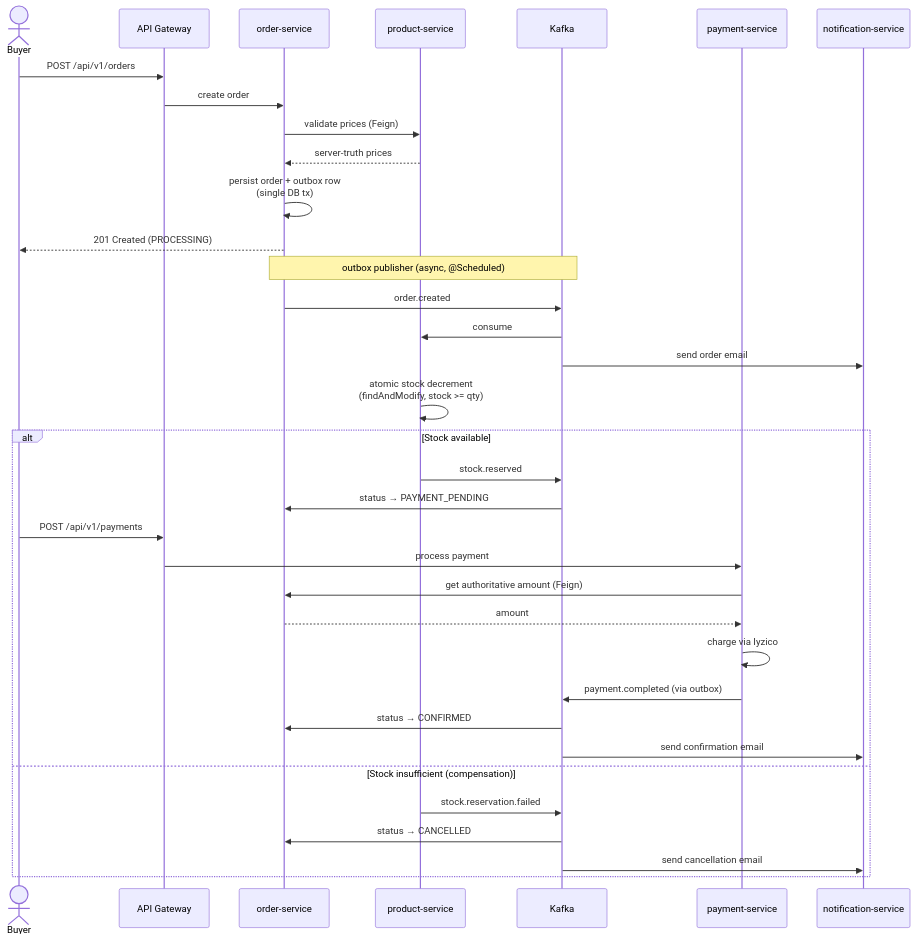
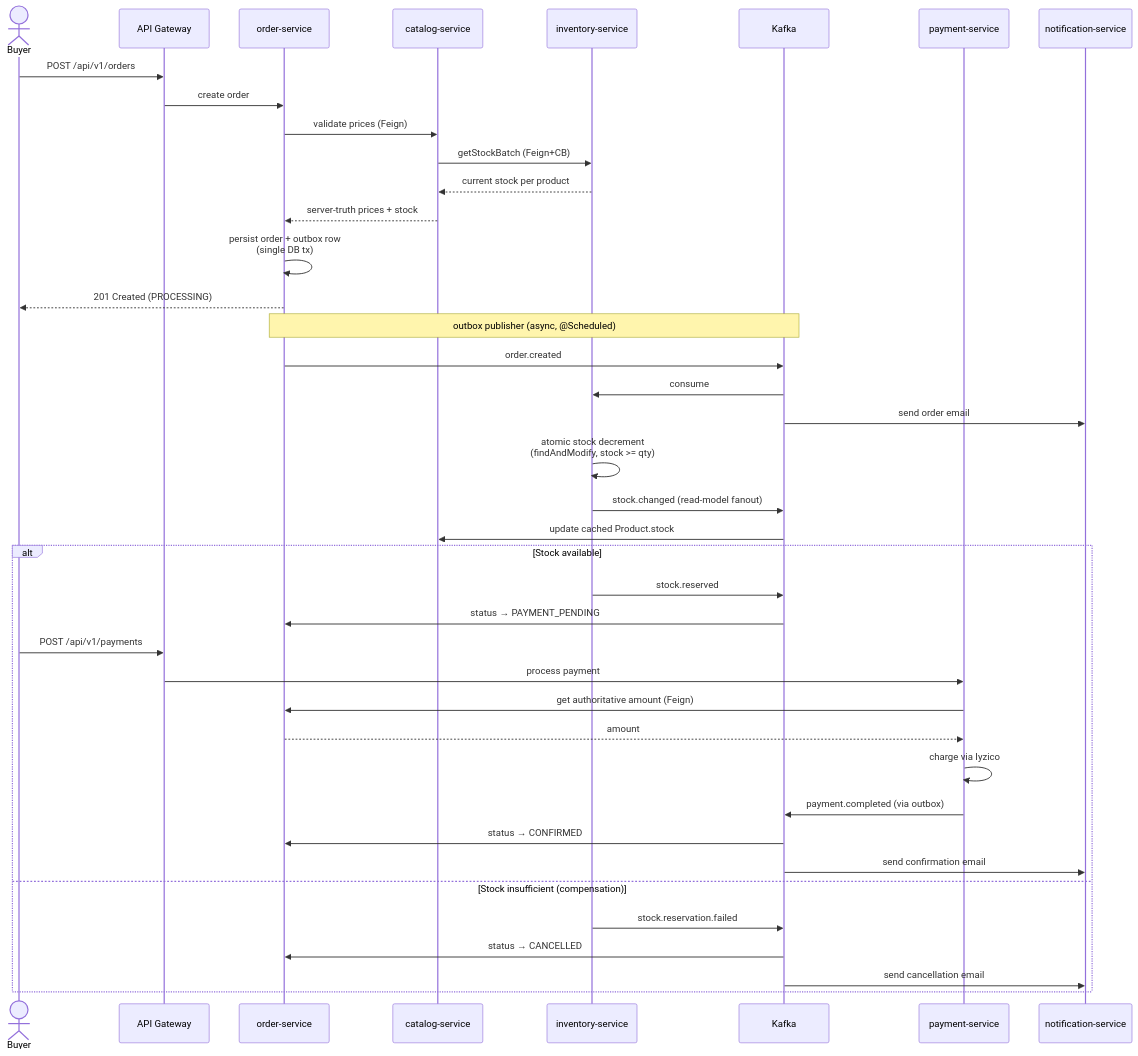
One commit to yigitdemirko/marketplace changed the second of 2 diagrams in README.md. Above: the diagram before and after it, drawn with Mermaid. The commit also changed other lines of this file and 96 other files, not shown here.

First line of the commit message:
chore(refactor): rename product-service to catalog-service (phase 3) (#131)

````diff
--- a/README.md
+++ b/README.md
@@ -179,41 +186,46 @@
 ```mermaid
 sequenceDiagram
     actor U as Buyer
     participant GW as API Gateway
     participant OS as order-service
-    participant PS as product-service
+    participant CS as catalog-service
+    participant IV as inventory-service
     participant K as Kafka
     participant PM as payment-service
     participant NS as notification-service
 
     U->>GW: POST /api/v1/orders
     GW->>OS: create order
-    OS->>PS: validate prices (Feign)
-    PS-->>OS: server-truth prices
+    OS->>CS: validate prices (Feign)
+    CS->>IV: getStockBatch (Feign+CB)
+    IV-->>CS: current stock per product
+    CS-->>OS: server-truth prices + stock
     OS->>OS: persist order + outbox row<br/>(single DB tx)
     OS-->>U: 201 Created (PROCESSING)
 
     Note over OS,K: outbox publisher (async, @Scheduled)
     OS->>K: order.created
-    K->>PS: consume
+    K->>IV: consume
     K->>NS: send order email
 
-    PS->>PS: atomic stock decrement<br/>(findAndModify, stock >= qty)
+    IV->>IV: atomic stock decrement<br/>(findAndModify, stock >= qty)
+    IV->>K: stock.changed (read-model fanout)
+    K->>CS: update cached Product.stock
 
     alt Stock available
-        PS->>K: stock.reserved
+        IV->>K: stock.reserved
         K->>OS: status → PAYMENT_PENDING
         U->>GW: POST /api/v1/payments
         GW->>PM: process payment
         PM->>OS: get authoritative amount (Feign)
         OS-->>PM: amount
         PM->>PM: charge via Iyzico
         PM->>K: payment.completed (via outbox)
         K->>OS: status → CONFIRMED
         K->>NS: send confirmation email
     else Stock insufficient (compensation)
-        PS->>K: stock.reservation.failed
+        IV->>K: stock.reservation.failed
         K->>OS: status → CANCELLED
         K->>NS: send cancellation email
     end
 ```
````
